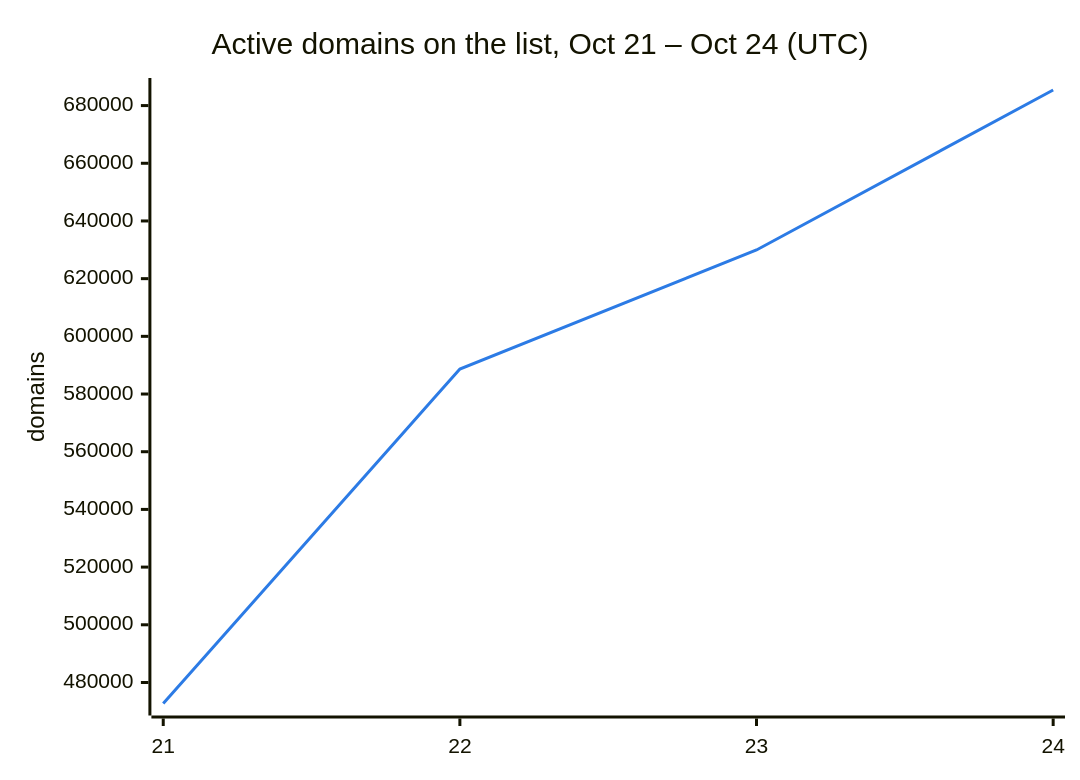
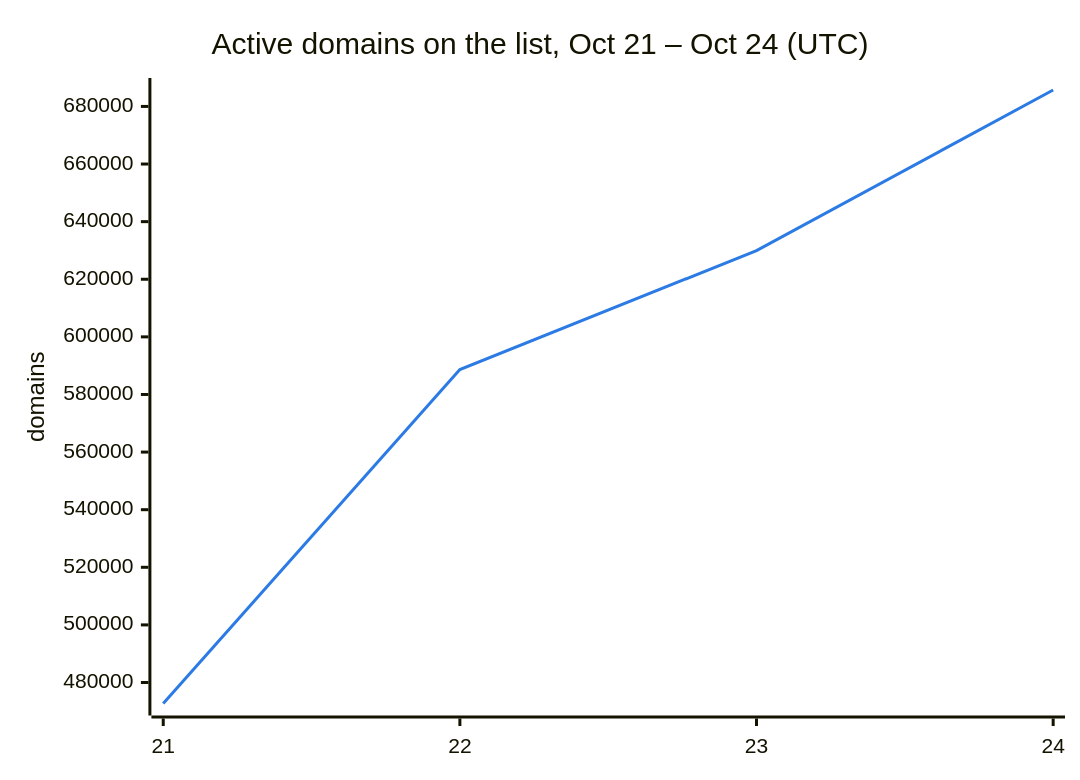
One commit to DNSBunker/CTI changed the second of 3 diagrams in README.md. Above: the diagram before and after it, drawn with Mermaid. The commit also changed other lines of this file and 3 other files, not shown here.

````diff
--- a/README.md
+++ b/README.md
@@ -38,8 +38,8 @@
 ```mermaid
 %%{init: {"themeVariables": {"xyChart": {"plotColorPalette": "#2c7be5"}}}}%%
 xychart-beta
     title "Active domains on the list, Oct 21 – Oct 24 (UTC)"
     x-axis ["21", "22", "23", "24"]
     y-axis "domains"
-    line [472713, 588659, 629951, 685402]
+    line [472713, 588659, 629951, 685705]
 ```
````
